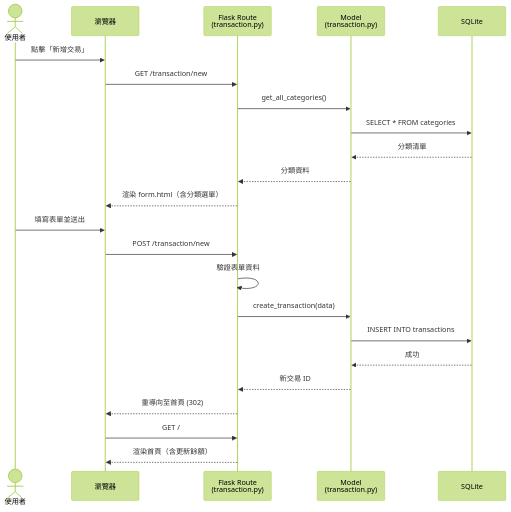
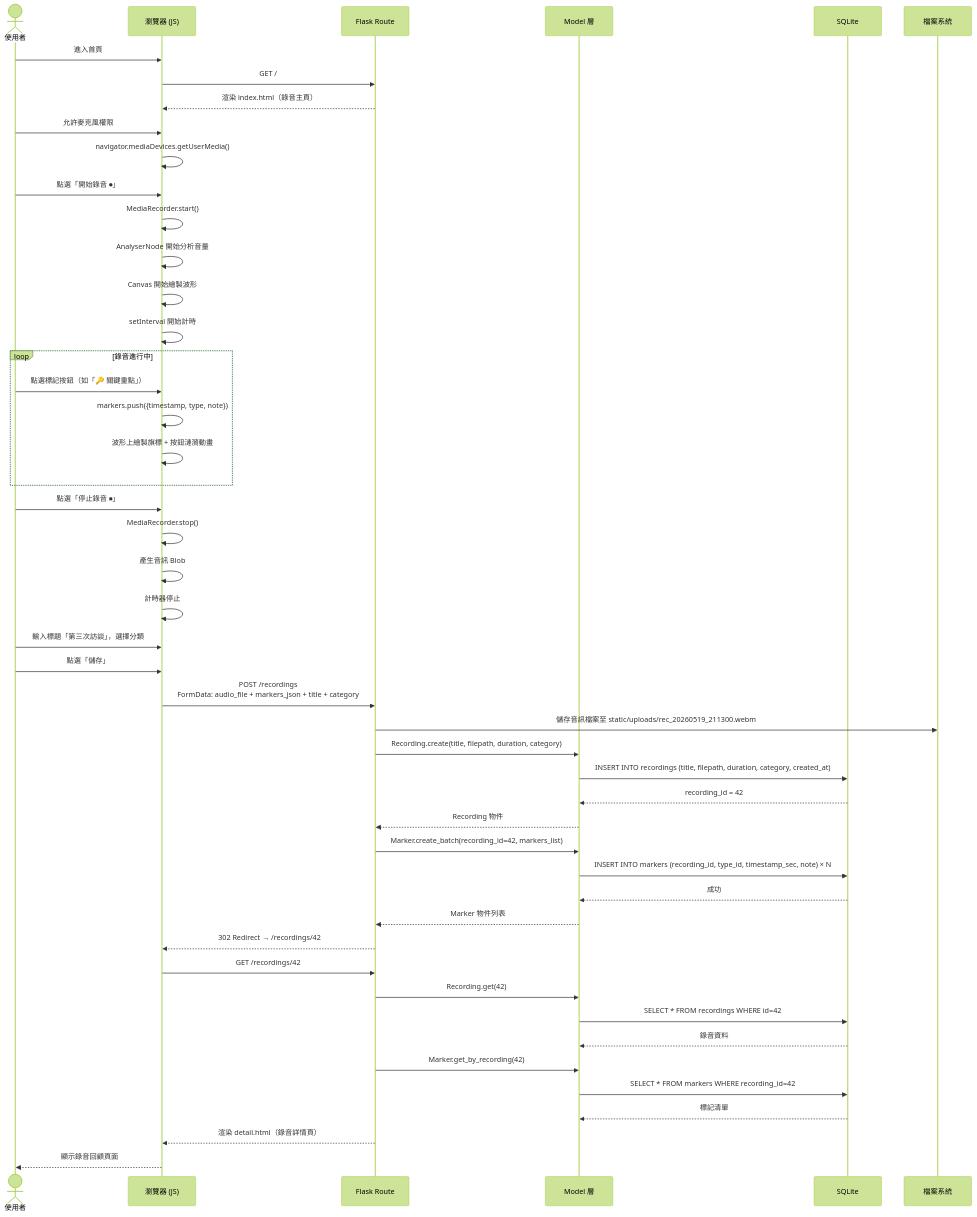
Before and after one commit to d1445196-colla/web_app: the third of 7 diagrams in docs/FLOWCHART.md, drawn with Mermaid (forest theme). The commit also changed other lines of this file and 19 other files, not shown here.

Commit message:
feat: add all design docs, database schema, models, route skeletons and templates

````diff
--- a/docs/FLOWCHART.md
+++ b/docs/FLOWCHART.md
@@ -123,27 +120,60 @@
 ```mermaid
 sequenceDiagram
     actor User as 使用者
-    participant Browser as 瀏覽器
-    participant Route as Flask Route<br>(transaction.py)
-    participant Model as Model<br>(transaction.py)
+    participant Browser as 瀏覽器 (JS)
+    participant Flask as Flask Route
+    participant Model as Model 層
     participant DB as SQLite
+    participant FS as 檔案系統
 
-    User->>Browser: 點擊「新增交易」
-    Browser->>Route: GET /transaction/new
-    Route->>Model: get_all_categories()
-    Model->>DB: SELECT * FROM categories
-    DB-->>Model: 分類清單
-    Model-->>Route: 分類資料
-    Route-->>Browser: 渲染 form.html（含分類選單）
+    User->>Browser: 進入首頁
+    Browser->>Flask: GET /
+    Flask-->>Browser: 渲染 index.html（錄音主頁）
 
-    User->>Browser: 填寫表單並送出
-    Browser->>Route: POST /transaction/new
-    Route->>Route: 驗證表單資料
-    Route->>Model: create_transaction(data)
-    Model->>DB: INSERT INTO transactions
+    User->>Browser: 允許麥克風權限
+    Browser->>Browser: navigator.mediaDevices.getUserMedia()
+
+    User->>Browser: 點選「開始錄音 ⏺」
+    Browser->>Browser: MediaRecorder.start()
+    Browser->>Browser: AnalyserNode 開始分析音量
+    Browser->>Browser: Canvas 開始繪製波形
+    Browser->>Browser: setInterval 開始計時
+
+    loop 錄音進行中
+        User->>Browser: 點選標記按鈕（如「🔑 關鍵重點」）
+        Browser->>Browser: markers.push({timestamp, type, note})
+        Browser->>Browser: 波形上繪製旗標 + 按鈕漣漪動畫
+    end
+
+    User->>Browser: 點選「停止錄音 ⏹」
+    Browser->>Browser: MediaRecorder.stop()
+    Browser->>Browser: 產生音訊 Blob
+    Browser->>Browser: 計時器停止
+
+    User->>Browser: 輸入標題「第三次訪談」，選擇分類
+    User->>Browser: 點選「儲存」
+
+    Browser->>Flask: POST /recordings<br/>FormData: audio_file + markers_json + title + category
+    
+    Flask->>FS: 儲存音訊檔案至 static/uploads/rec_20260519_211300.webm
+    Flask->>Model: Recording.create(title, filepath, duration, category)
+    Model->>DB: INSERT INTO recordings (title, filepath, duration, category, created_at)
+    DB-->>Model: recording_id = 42
+    Model-->>Flask: Recording 物件
+
+    Flask->>Model: Marker.create_batch(recording_id=42, markers_list)
+    Model->>DB: INSERT INTO markers (recording_id, type_id, timestamp_sec, note) × N
     DB-->>Model: 成功
-    Model-->>Route: 新交易 ID
-    Route-->>Browser: 重導向至首頁 (302)
-    Browser->>Route: GET /
-    Route-->>Browser: 渲染首頁（含更新餘額）
+    Model-->>Flask: Marker 物件列表
+
+    Flask-->>Browser: 302 Redirect → /recordings/42
+    Browser->>Flask: GET /recordings/42
+    Flask->>Model: Recording.get(42)
+    Model->>DB: SELECT * FROM recordings WHERE id=42
+    DB-->>Model: 錄音資料
+    Flask->>Model: Marker.get_by_recording(42)
+    Model->>DB: SELECT * FROM markers WHERE recording_id=42
+    DB-->>Model: 標記清單
+    Flask-->>Browser: 渲染 detail.html（錄音詳情頁）
+    Browser-->>User: 顯示錄音回顧頁面
 ```
````
